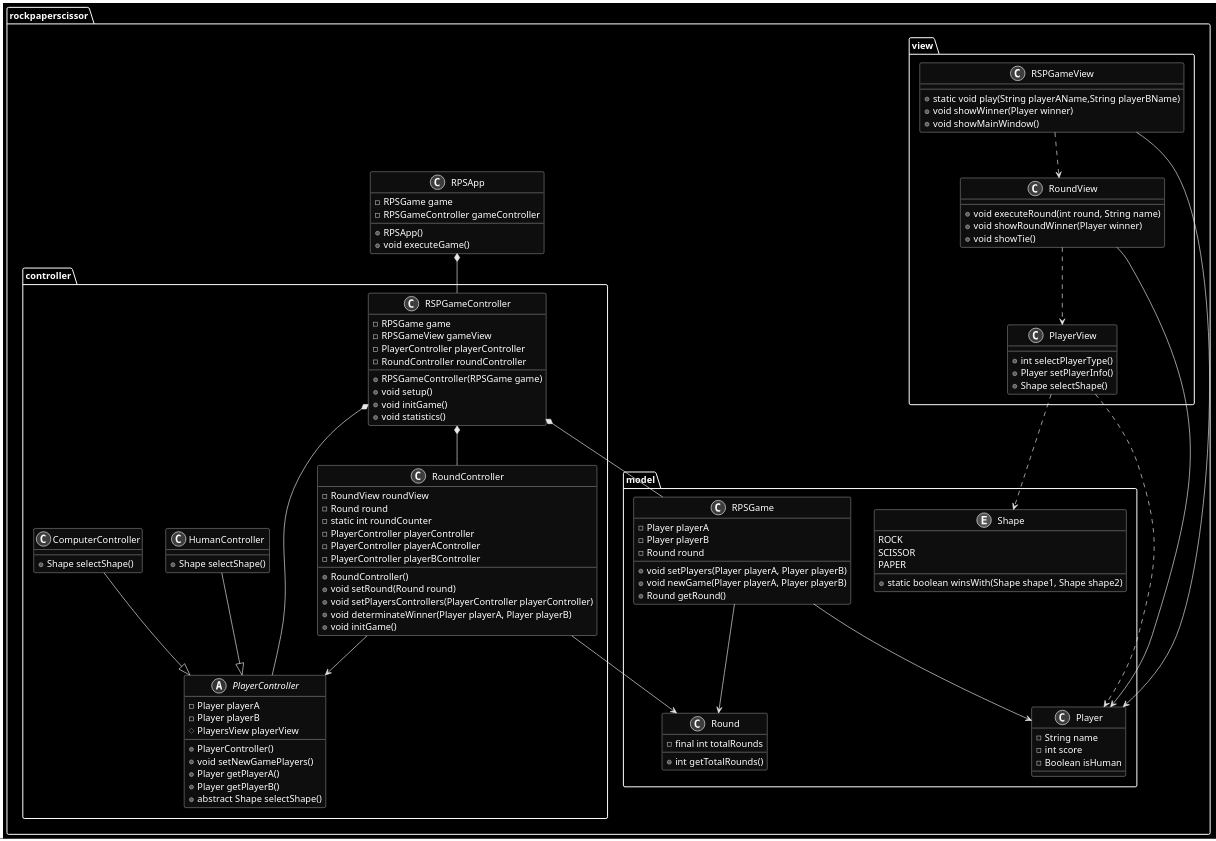
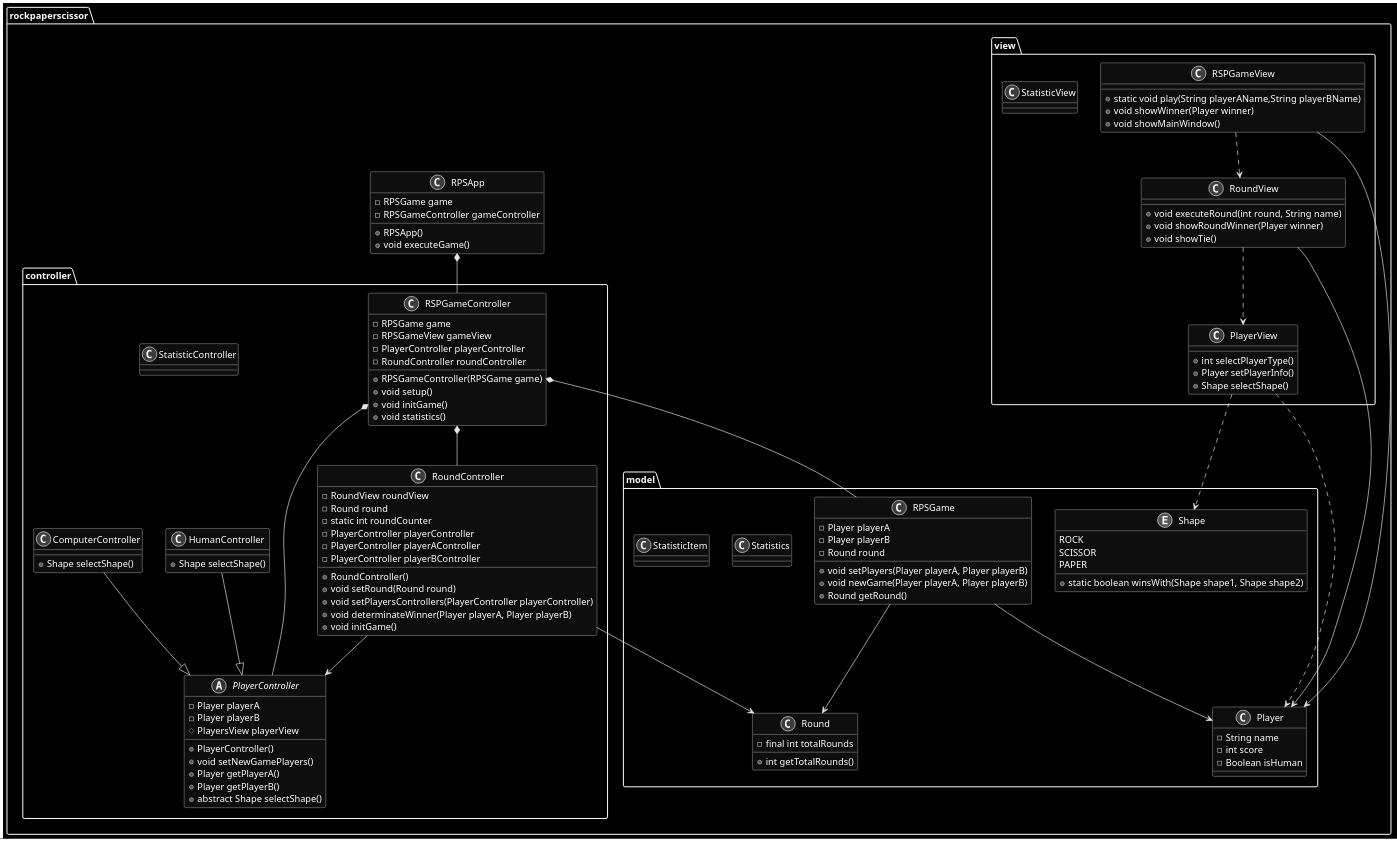
The diagram in docs/rsp-mvc.wsd (andrescordovatelus/RockPaperScissor-MVC), drawn with PlantUML before and after one commit.

Commit message:
some changes...

```diff
--- a/docs/rsp-mvc.wsd
+++ b/docs/rsp-mvc.wsd
@@ -1,128 +1,140 @@
 @startuml rsp-mvc
 skinparam monochrome reverse
 package rockpaperscissor{
     class RPSApp{
         -RPSGame game
         -RPSGameController gameController
 
         +RPSApp()
         +void executeGame()
     }
     package model{
         class Player{
             -String name
             -int score
             -Boolean isHuman
         }
         Enum Shape{
             ROCK
             SCISSOR
             PAPER
 
             +static boolean winsWith(Shape shape1, Shape shape2)
         }
         class Round{
             -final int totalRounds
             +int getTotalRounds()
         }
         class RPSGame{
             -Player playerA
             -Player playerB
             -Round round
 
             +void setPlayers(Player playerA, Player playerB)
             +void newGame(Player playerA, Player playerB)
             +Round getRound()
+        }
+        class Statistics{
+
+        }
+        class StatisticItem{
+
         }
 
         RPSGame --> Player
         RPSGame --> Round
     }
 
     package controller{
         class RSPGameController{
             -RPSGame game
             -RPSGameView gameView
             -PlayerController playerController
             -RoundController roundController
 
             +RPSGameController(RPSGame game)
             +void setup()
             +void initGame()
             +void statistics()
         }
 
         abstract class PlayerController{
             -Player playerA
             -Player playerB
             #PlayersView playerView
 
             +PlayerController()
             +void setNewGamePlayers()
             +Player getPlayerA()
             +Player getPlayerB()
             +abstract Shape selectShape()
         }
 
         class RoundController{
             -RoundView roundView
             -Round round
             -static int roundCounter
             -PlayerController playerController
             -PlayerController playerAController
             -PlayerController playerBController
 
             +RoundController()
             +void setRound(Round round)
             +void setPlayersControllers(PlayerController playerController)
             +void determinateWinner(Player playerA, Player playerB)
             +void initGame()
         }
+        class StatisticController{
+            
+        }
 
         class HumanController{
             +Shape selectShape()
         }
 
         class ComputerController{
             +Shape selectShape()
         }
 
         RSPGameController *-- RPSGame
         RSPGameController *-- PlayerController
         RSPGameController *-- RoundController
         RoundController --> Round
         RoundController --> PlayerController
         ComputerController --|> PlayerController
         HumanController --|> PlayerController
     }
     package view{
         class RSPGameView{
             +static void play(String playerAName,String playerBName)
             +void showWinner(Player winner)
             +void showMainWindow()
         }
 
         class PlayerView{
             +int selectPlayerType()
             +Player setPlayerInfo()
             +Shape selectShape()
         }
 
         class RoundView{
             +void executeRound(int round, String name)
             +void showRoundWinner(Player winner)
             +void showTie()
         }
+        class StatisticView{
+
+        }
 
         PlayerView ..> Player
         PlayerView ..> Shape
         RSPGameView --> Player
         RoundView --> Player
 
         RSPGameView ..> RoundView
         RoundView ..> PlayerView
     }
 
     RPSApp *-- RSPGameController
 }
 @enduml
```
